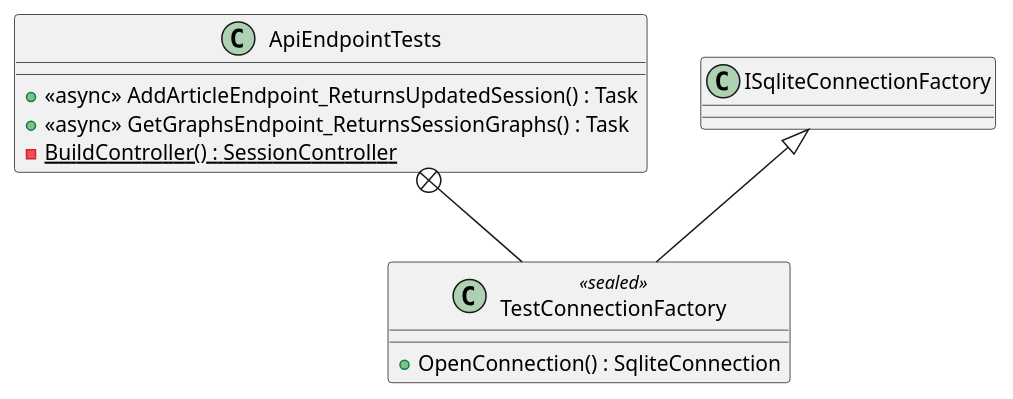
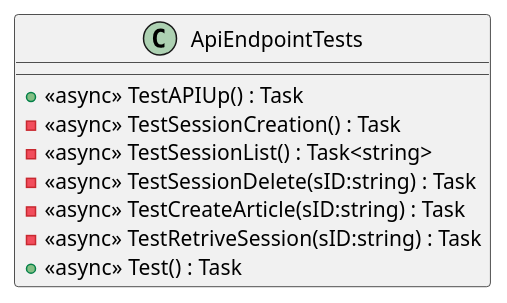
The diagram in uml/WikiGraph.Tests/ApiEndpointTests.puml (Tirth-Thakkar/WikiGraph), drawn with PlantUML before and after one commit. The commit also changed 19 other files, not shown here.

```diff
--- a/uml/WikiGraph.Tests/ApiEndpointTests.puml
+++ b/uml/WikiGraph.Tests/ApiEndpointTests.puml
@@ -1,12 +1,11 @@
 @startuml
 class ApiEndpointTests {
-    + <<async>> AddArticleEndpoint_ReturnsUpdatedSession() : Task
-    + <<async>> GetGraphsEndpoint_ReturnsSessionGraphs() : Task
-    - {static} BuildController() : SessionController
+    + <<async>> TestAPIUp() : Task
+    - <<async>> TestSessionCreation() : Task
+    - <<async>> TestSessionList() : Task<string>
+    - <<async>> TestSessionDelete(sID:string) : Task
+    - <<async>> TestCreateArticle(sID:string) : Task
+    - <<async>> TestRetriveSession(sID:string) : Task
+    + <<async>> Test() : Task
 }
-class TestConnectionFactory <<sealed>> {
-    + OpenConnection() : SqliteConnection
-}
-ApiEndpointTests +-- TestConnectionFactory
-ISqliteConnectionFactory <|-- TestConnectionFactory
 @enduml
```
